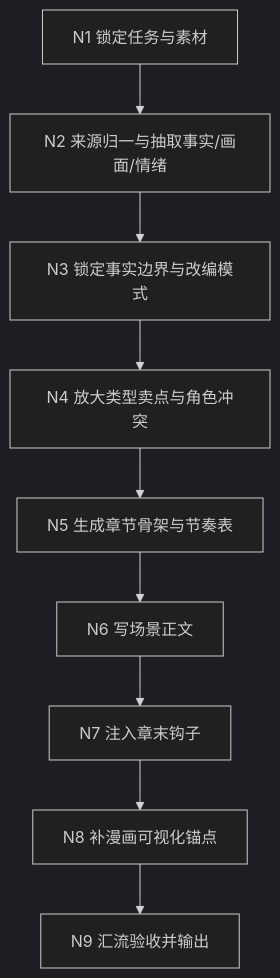
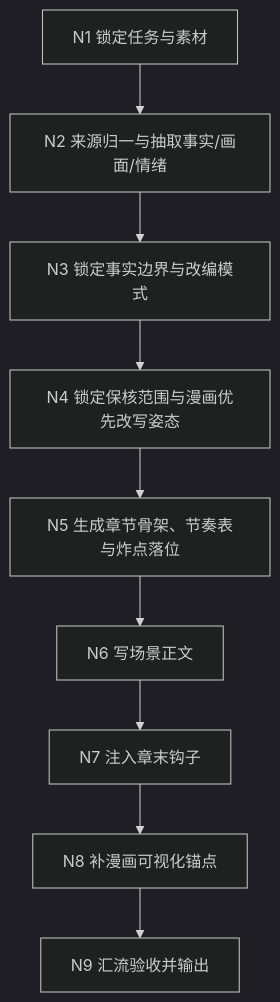
One commit to ZEN-VOID/AI-CUT changed the first of 3 diagrams in .agents/skills/comic/1-漫画剧本改编/SKILL.md. Above: the diagram before and after it, drawn with Mermaid (dark theme). The commit also changed other lines of this file and 332 other files, not shown here.

````diff
--- a/.agents/skills/comic/1-漫画剧本改编/SKILL.md
+++ b/.agents/skills/comic/1-漫画剧本改编/SKILL.md
@@ -226,11 +277,11 @@
 ```mermaid
 flowchart TD
     A["N1 锁定任务与素材"] --> B["N2 来源归一与抽取事实/画面/情绪"]
     B --> C["N3 锁定事实边界与改编模式"]
-    C --> D["N4 放大类型卖点与角色冲突"]
-    D --> E["N5 生成章节骨架与节奏表"]
+    C --> D["N4 锁定保核范围与漫画优先改写姿态"]
+    D --> E["N5 生成章节骨架、节奏表与炸点落位"]
     E --> F["N6 写场景正文"]
     F --> G["N7 注入章末钩子"]
     G --> H["N8 补漫画可视化锚点"]
     H --> I["N9 汇流验收并输出"]
 ```
````
